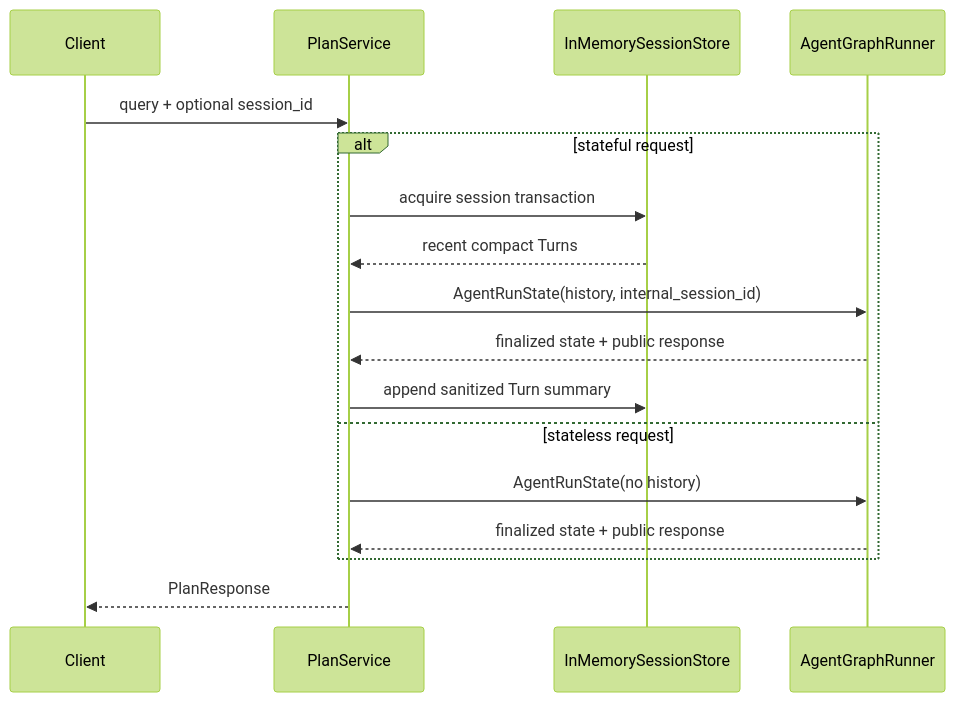
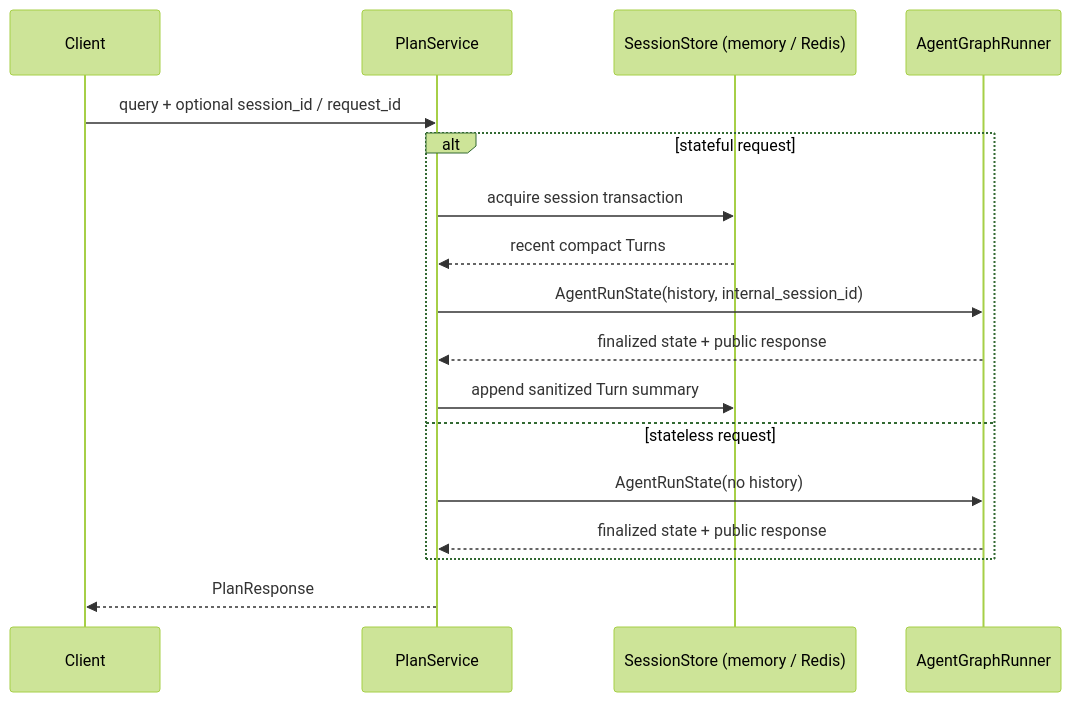
Before and after one commit to Philip23333/DotaMind: the fifth of 5 diagrams in docs/design/architecture/整体架构.md, drawn with Mermaid (forest theme). The commit also changed other lines of this file and 50 other files, not shown here.

````diff
--- a/docs/design/architecture/整体架构.md
+++ b/docs/design/architecture/整体架构.md
@@ -177,20 +177,20 @@
 ```mermaid
 sequenceDiagram
     participant Client
     participant Service as PlanService
-    participant Store as InMemorySessionStore
+    participant Store as SessionStore (memory / Redis)
     participant Graph as AgentGraphRunner
 
-    Client->>Service: query + optional session_id
+    Client->>Service: query + optional session_id / request_id
     alt stateful request
         Service->>Store: acquire session transaction
         Store-->>Service: recent compact Turns
         Service->>Graph: AgentRunState(history, internal_session_id)
         Graph-->>Service: finalized state + public response
         Service->>Store: append sanitized Turn summary
     else stateless request
         Service->>Graph: AgentRunState(no history)
         Graph-->>Service: finalized state + public response
     end
     Service-->>Client: PlanResponse
 ```
````
